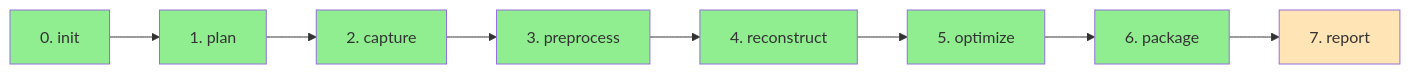
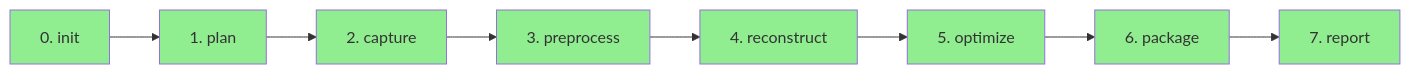
Before and after one commit to TANUKIpro/scan2mesh: the diagram in README.md, drawn with Mermaid. The commit also changed other lines of this file and 8 other files, not shown here.

````diff
--- a/README.md
+++ b/README.md
@@ -46,19 +46,19 @@
 ```mermaid
 graph LR
     A[0. init] --> B[1. plan]
     B --> C[2. capture]
     C --> D[3. preprocess]
     D --> E[4. reconstruct]
     E --> F[5. optimize]
     F --> G[6. package]
     G --> H[7. report]
 
     style A fill:#90EE90
     style B fill:#90EE90
     style C fill:#90EE90
     style D fill:#90EE90
     style E fill:#90EE90
     style F fill:#90EE90
     style G fill:#90EE90
-    style H fill:#FFE4B5
+    style H fill:#90EE90
 ```
````
